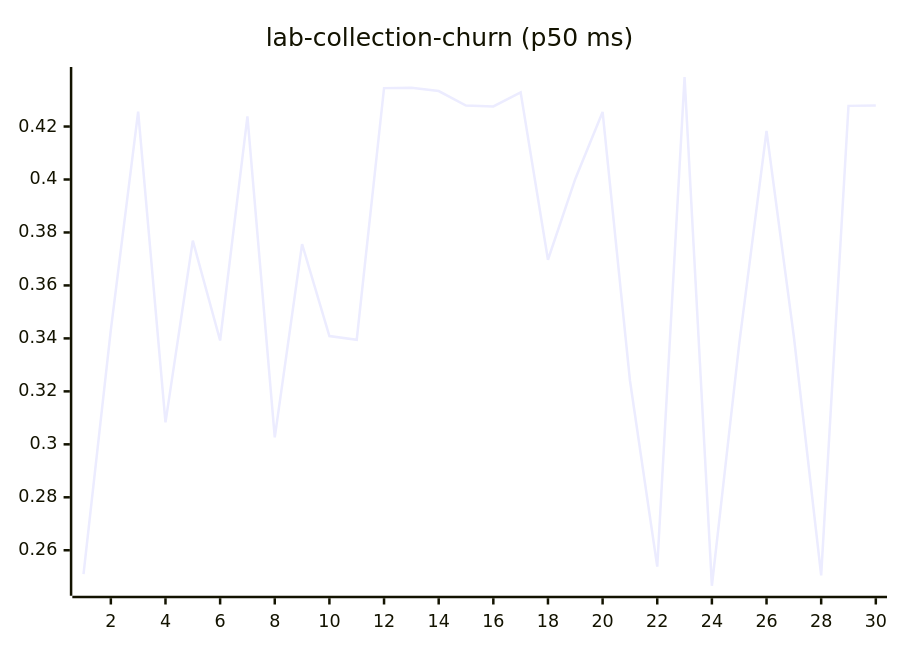
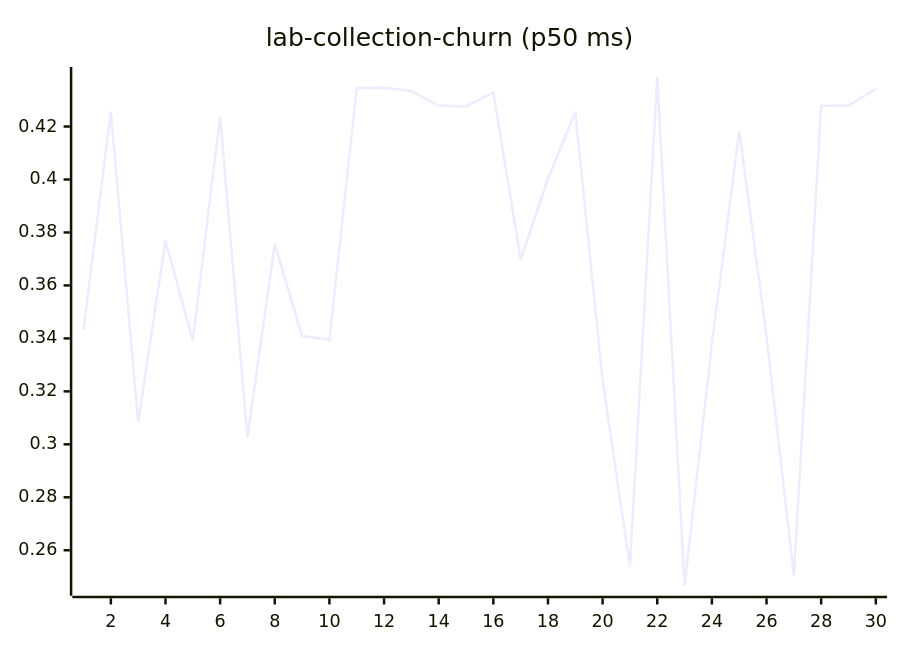
One commit to josha/Facet changed diagram 11 of 27 in README.md. Above: the diagram before and after it, drawn with Mermaid. The commit also changed other lines of this file and 2 other files, not shown here.

````diff
--- a/README.md
+++ b/README.md
@@ -133,6 +133,6 @@
 ```mermaid
 xychart-beta
     title "lab-collection-churn (p50 ms)"
     x-axis 1 --> 30
-    line [0.2510, 0.3432, 0.4256, 0.3083, 0.3769, 0.3392, 0.4238, 0.3026, 0.3756, 0.3409, 0.3395, 0.4345, 0.4346, 0.4334, 0.4279, 0.4276, 0.4329, 0.3697, 0.4002, 0.4255, 0.3242, 0.2538, 0.4387, 0.2466, 0.3379, 0.4183, 0.3407, 0.2505, 0.4278, 0.4279]
+    line [0.3432, 0.4256, 0.3083, 0.3769, 0.3392, 0.4238, 0.3026, 0.3756, 0.3409, 0.3395, 0.4345, 0.4346, 0.4334, 0.4279, 0.4276, 0.4329, 0.3697, 0.4002, 0.4255, 0.3242, 0.2538, 0.4387, 0.2466, 0.3379, 0.4183, 0.3407, 0.2505, 0.4278, 0.4279, 0.4341]
 ```
````
